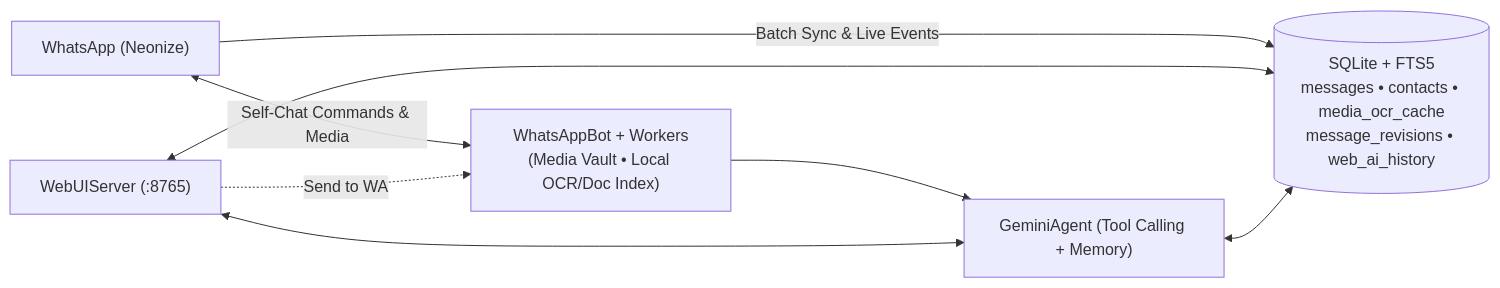
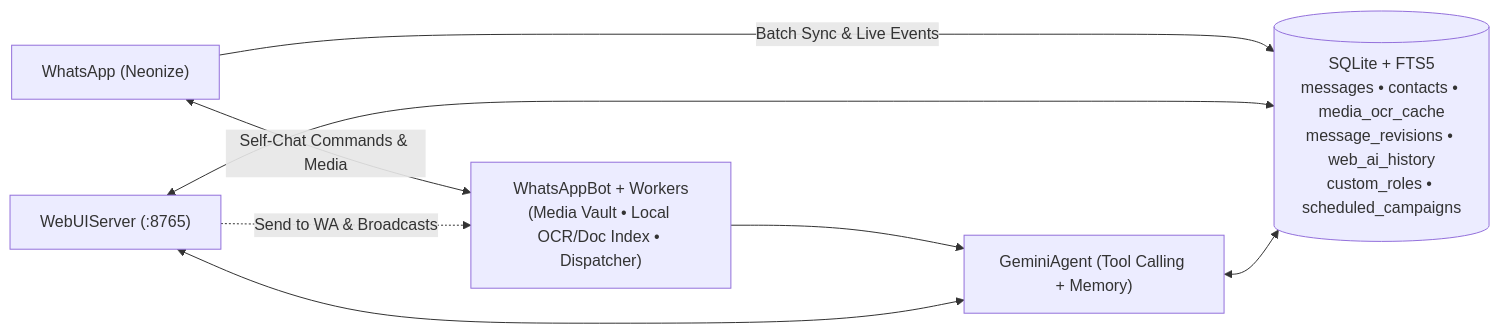
The diagram in README.md (y345-git/WAmate), drawn with Mermaid before and after one commit. The commit also changed other lines of this file, not shown here.

Commit message:
Update README with role-based broadcasts, scheduling, Excel sync, and live progress modal

````diff
--- a/README.md
+++ b/README.md
@@ -172,10 +175,10 @@
 ```mermaid
 flowchart LR
-    WA["WhatsApp (Neonize)"] -->|"Batch Sync & Live Events"| DB[("SQLite + FTS5\nmessages • contacts • media_ocr_cache\nmessage_revisions • web_ai_history")]
-    WA <-->|"Self-Chat Commands & Media"| Bot["WhatsAppBot + Workers\n(Media Vault • Local OCR/Doc Index)"]
+    WA["WhatsApp (Neonize)"] -->|"Batch Sync & Live Events"| DB[("SQLite + FTS5\nmessages • contacts • media_ocr_cache\nmessage_revisions • web_ai_history\ncustom_roles • scheduled_campaigns")]
+    WA <-->|"Self-Chat Commands & Media"| Bot["WhatsAppBot + Workers\n(Media Vault • Local OCR/Doc Index • Dispatcher)"]
     Bot --> Agent["GeminiAgent (Tool Calling + Memory)"]
     Web["WebUIServer (:8765)"] <--> DB
     Web <--> Agent
-    Web -.->|"Send to WA"| Bot
+    Web -.->|"Send to WA & Broadcasts"| Bot
     Agent <--> DB
 ```
````
